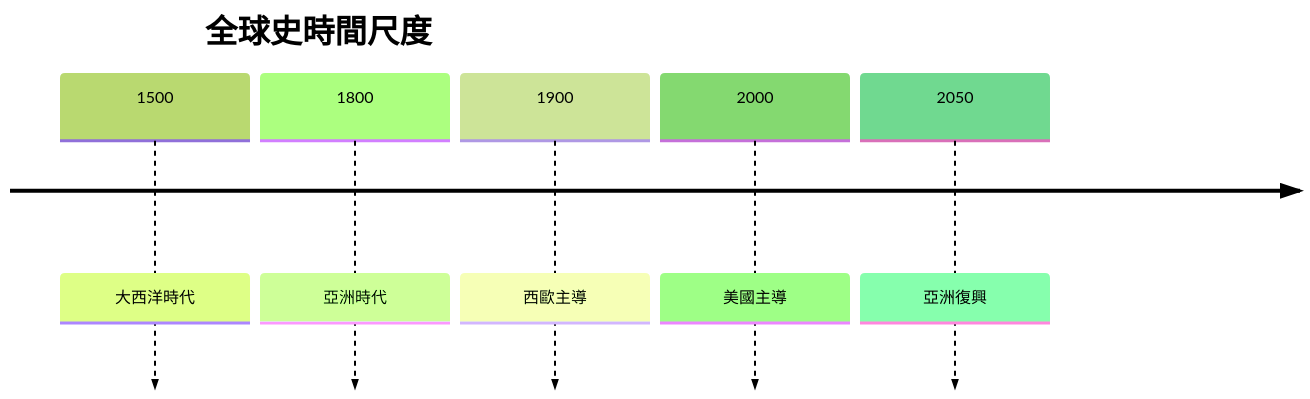
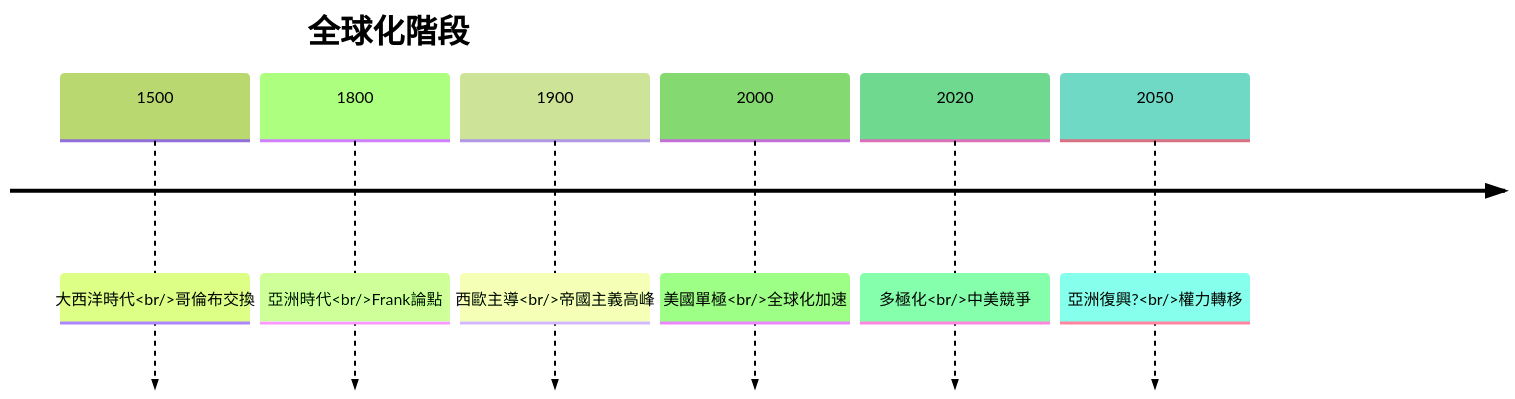
Before and after one commit to yip-lgtm/HKU-Harvard-History-Self-Study: the eighth of 10 diagrams in 01_HKU_Courses/HIST2233_Globalizing_History.md, drawn with Mermaid (forest theme). The commit also changed other lines of this file and 65 other files, not shown here.

````diff
--- a/01_HKU_Courses/HIST2233_Globalizing_History.md
+++ b/01_HKU_Courses/HIST2233_Globalizing_History.md
@@ -113,9 +343,10 @@
 ```mermaid
 timeline
-    title 全球史時間尺度
-    1500 : 大西洋時代
-    1800 : 亞洲時代
-    1900 : 西歐主導
-    2000 : 美國主導
-    2050 : 亞洲復興
+    title 全球化階段
+    1500 : 大西洋時代<br/>哥倫布交換
+    1800 : 亞洲時代<br/>Frank論點
+    1900 : 西歐主導<br/>帝國主義高峰
+    2000 : 美國單極<br/>全球化加速
+    2020 : 多極化<br/>中美競爭
+    2050 : 亞洲復興?<br/>權力轉移
 ```
````
